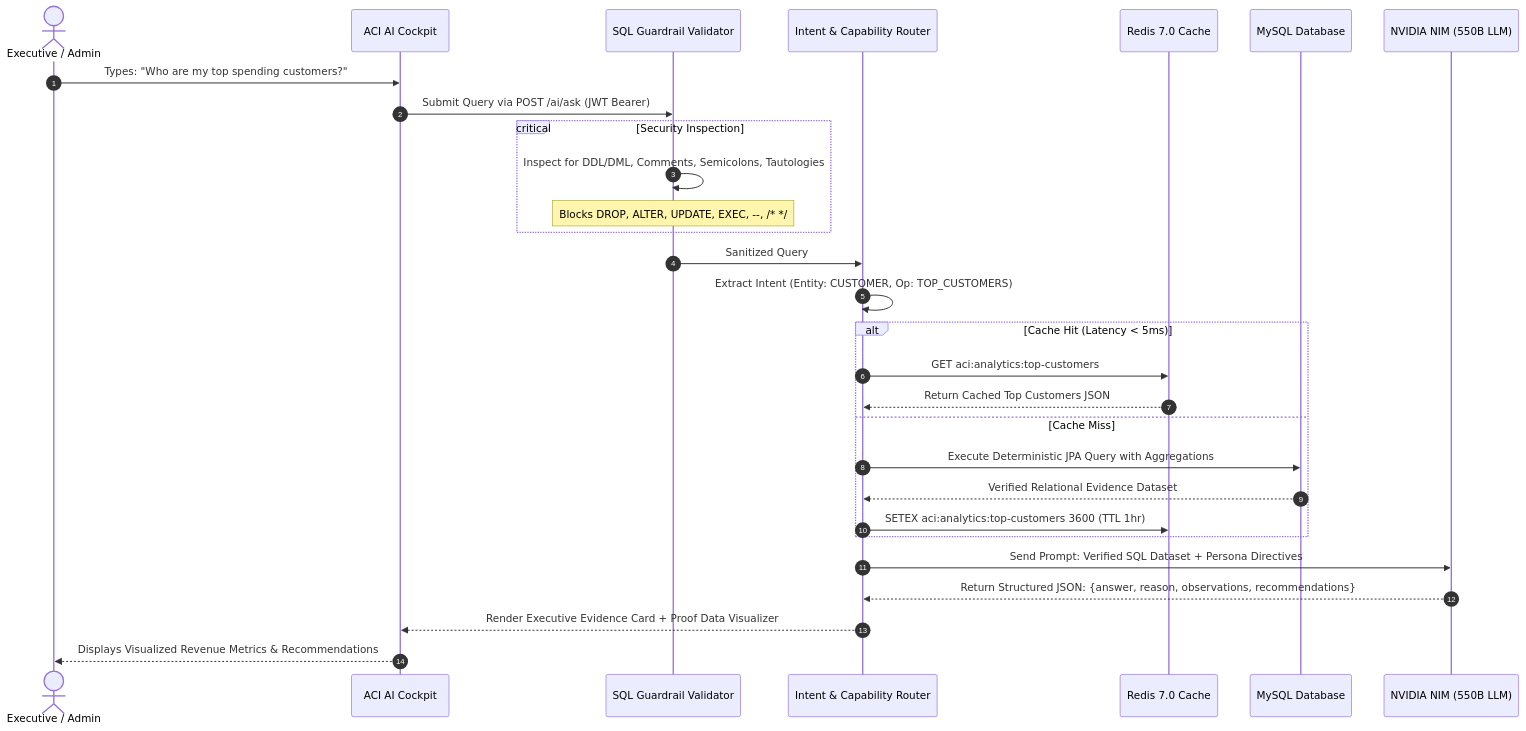
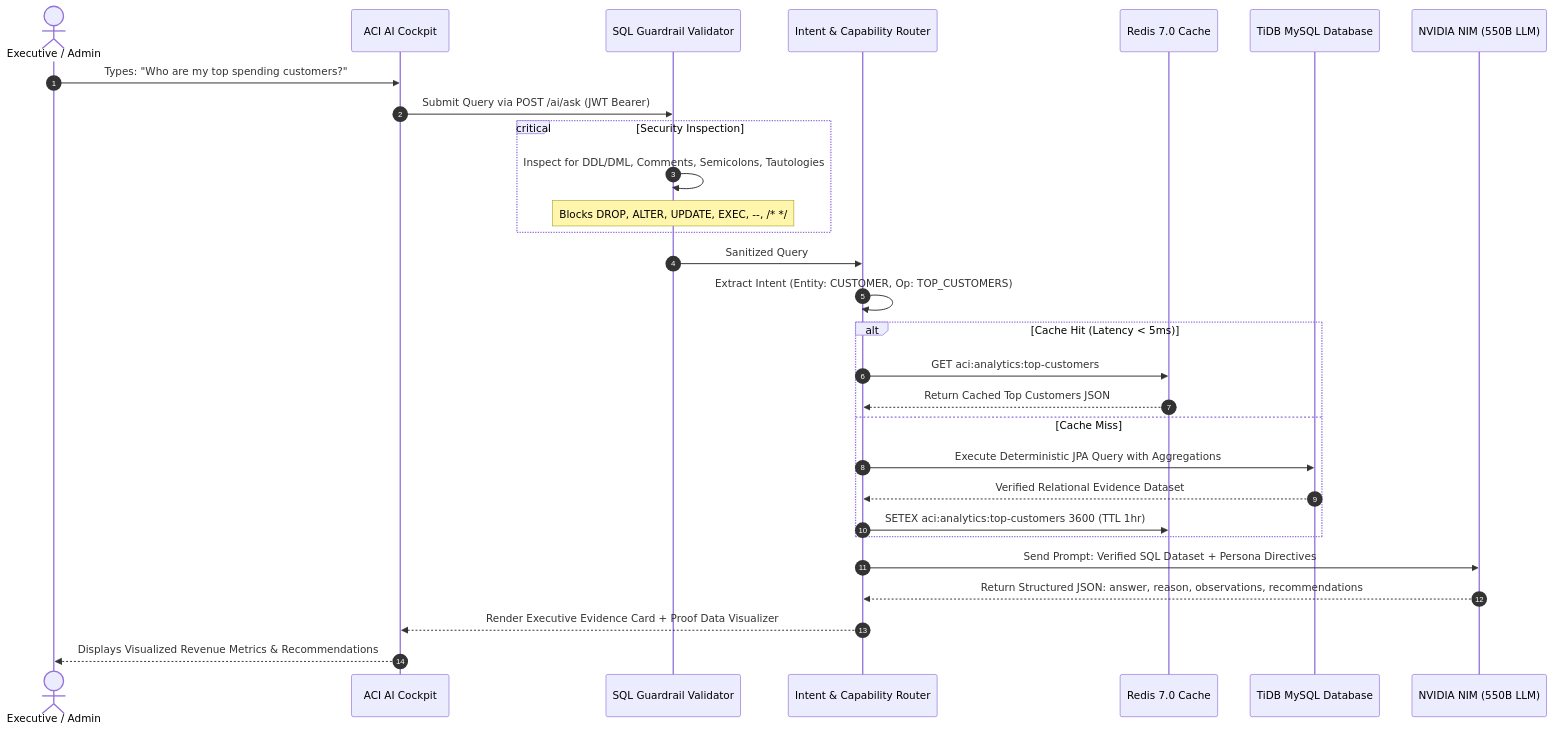
The second of 4 diagrams in README.md (Vibhor1127/ai-commerce-intelligence-platform), drawn with Mermaid before and after one commit. The commit also changed other lines of this file, not shown here.

Commit message:
docs(readme): polish architecture diagrams, ERD, and comprehensive system documentation

````diff
--- a/README.md
+++ b/README.md
@@ -130,36 +94,36 @@
 ```mermaid
 sequenceDiagram
     autonumber
     actor Exec as Executive / Admin
     participant UI as ACI AI Cockpit
     participant Sec as SQL Guardrail Validator
     participant Router as Intent & Capability Router
     participant Cache as Redis 7.0 Cache
-    participant DB as MySQL Database
+    participant DB as TiDB MySQL Database
     participant AI as NVIDIA NIM (550B LLM)
 
     Exec->>UI: Types: "Who are my top spending customers?"
     UI->>Sec: Submit Query via POST /ai/ask (JWT Bearer)
     
     critical Security Inspection
         Sec->>Sec: Inspect for DDL/DML, Comments, Semicolons, Tautologies
         Note over Sec: Blocks DROP, ALTER, UPDATE, EXEC, --, /* */
     end
 
     Sec->>Router: Sanitized Query
     Router->>Router: Extract Intent (Entity: CUSTOMER, Op: TOP_CUSTOMERS)
     
     alt Cache Hit (Latency < 5ms)
         Router->>Cache: GET aci:analytics:top-customers
         Cache-->>Router: Return Cached Top Customers JSON
     else Cache Miss
         Router->>DB: Execute Deterministic JPA Query with Aggregations
         DB-->>Router: Verified Relational Evidence Dataset
         Router->>Cache: SETEX aci:analytics:top-customers 3600 (TTL 1hr)
     end
 
     Router->>AI: Send Prompt: Verified SQL Dataset + Persona Directives
-    AI-->>Router: Return Structured JSON: {answer, reason, observations, recommendations}
+    AI-->>Router: Return Structured JSON: answer, reason, observations, recommendations
     Router-->>UI: Render Executive Evidence Card + Proof Data Visualizer
     UI-->>Exec: Displays Visualized Revenue Metrics & Recommendations
 ```
````
